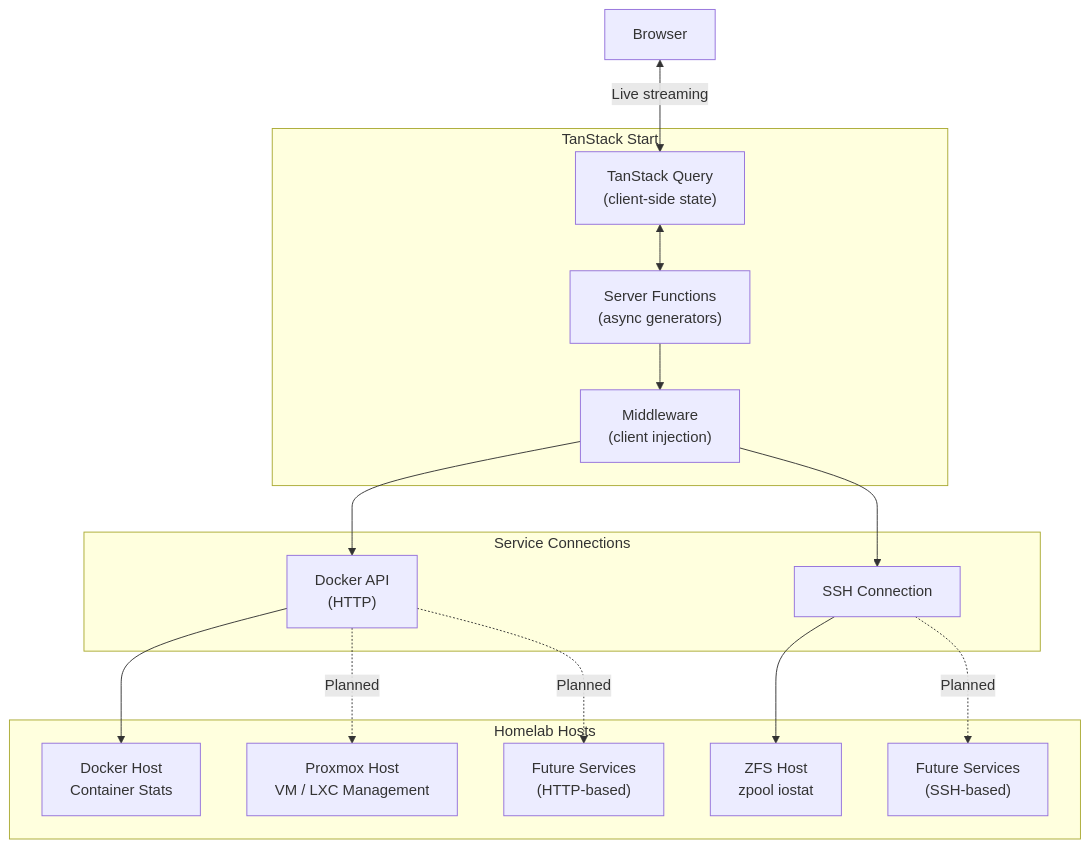
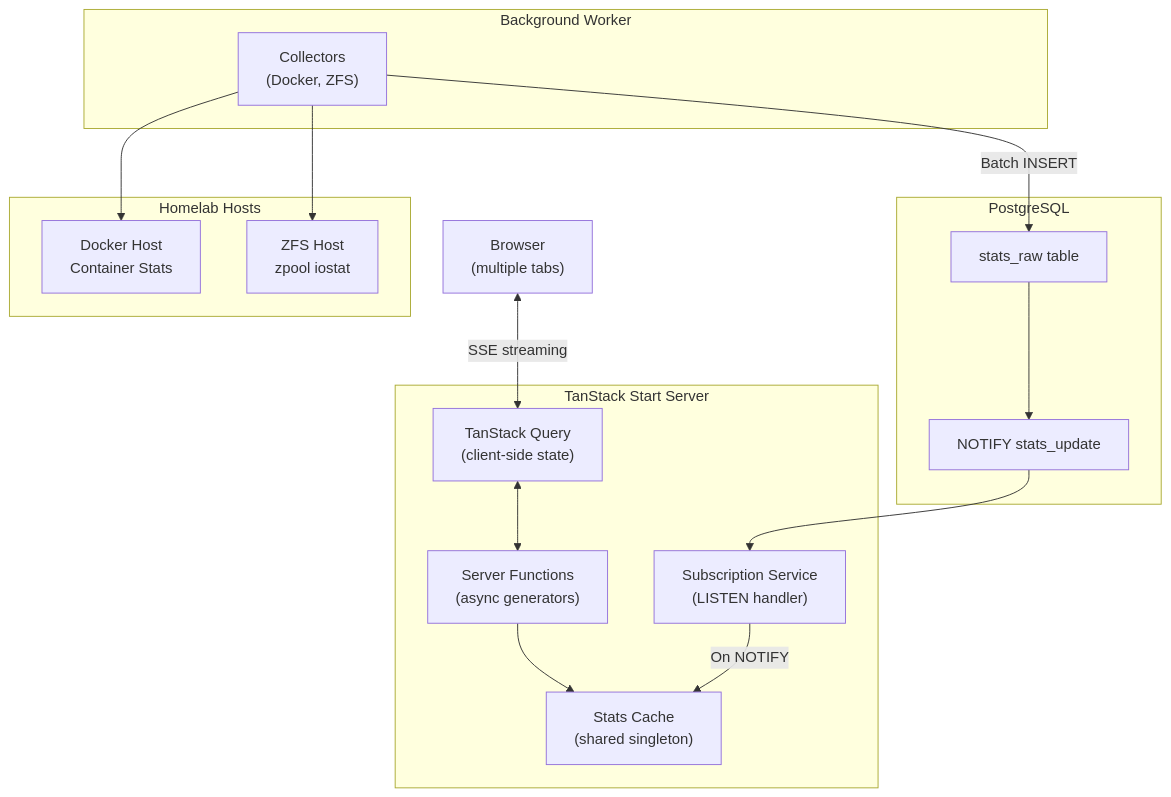
Before and after one commit to jaredglaser/homelab-manager: the first of 3 diagrams in README.md, drawn with Mermaid. The commit also changed other lines of this file and 16 other files, not shown here.

Commit message:
stream into and out of the database to avoid multiple connections being made

````diff
--- a/README.md
+++ b/README.md
@@ -44,34 +44,35 @@
 ```mermaid
 graph TD
-    Browser["Browser"]
+    Browser["Browser<br/>(multiple tabs)"]
 
-    subgraph TanStack_Start["TanStack Start"]
+    subgraph TanStack_Start["TanStack Start Server"]
         ServerFns["Server Functions<br/>(async generators)"]
-        Middleware["Middleware<br/>(client injection)"]
+        SubSvc["Subscription Service<br/>(LISTEN handler)"]
+        Cache["Stats Cache<br/>(shared singleton)"]
         TQ["TanStack Query<br/>(client-side state)"]
     end
 
-    subgraph Connections["Service Connections"]
-        DockerAPI["Docker API<br/>(HTTP)"]
-        SSH["SSH Connection"]
+    subgraph Database["PostgreSQL"]
+        StatsRaw["stats_raw table"]
+        Notify["NOTIFY stats_update"]
+    end
+
+    subgraph Worker["Background Worker"]
+        Collectors["Collectors<br/>(Docker, ZFS)"]
     end
 
     subgraph Hosts["Homelab Hosts"]
         DockerHost["Docker Host<br/>Container Stats"]
-        ProxmoxHost["Proxmox Host<br/>VM / LXC Management"]
-        FutureHTTP["Future Services<br/>(HTTP-based)"]
         ZFSHost["ZFS Host<br/>zpool iostat"]
-        FutureSSH["Future Services<br/>(SSH-based)"]
     end
 
-    Browser <-->|"Live streaming"| TQ
+    Browser <-->|"SSE streaming"| TQ
     TQ <--> ServerFns
-    ServerFns --> Middleware
-    Middleware --> DockerAPI
-    Middleware --> SSH
-    DockerAPI --> DockerHost
-    DockerAPI -.->|"Planned"| ProxmoxHost
-    DockerAPI -.->|"Planned"| FutureHTTP
-    SSH --> ZFSHost
-    SSH -.->|"Planned"| FutureSSH
+    ServerFns --> Cache
+    SubSvc -->|"On NOTIFY"| Cache
+    Notify --> SubSvc
+    StatsRaw --> Notify
+    Collectors -->|"Batch INSERT"| StatsRaw
+    Collectors --> DockerHost
+    Collectors --> ZFSHost
 ```
````
